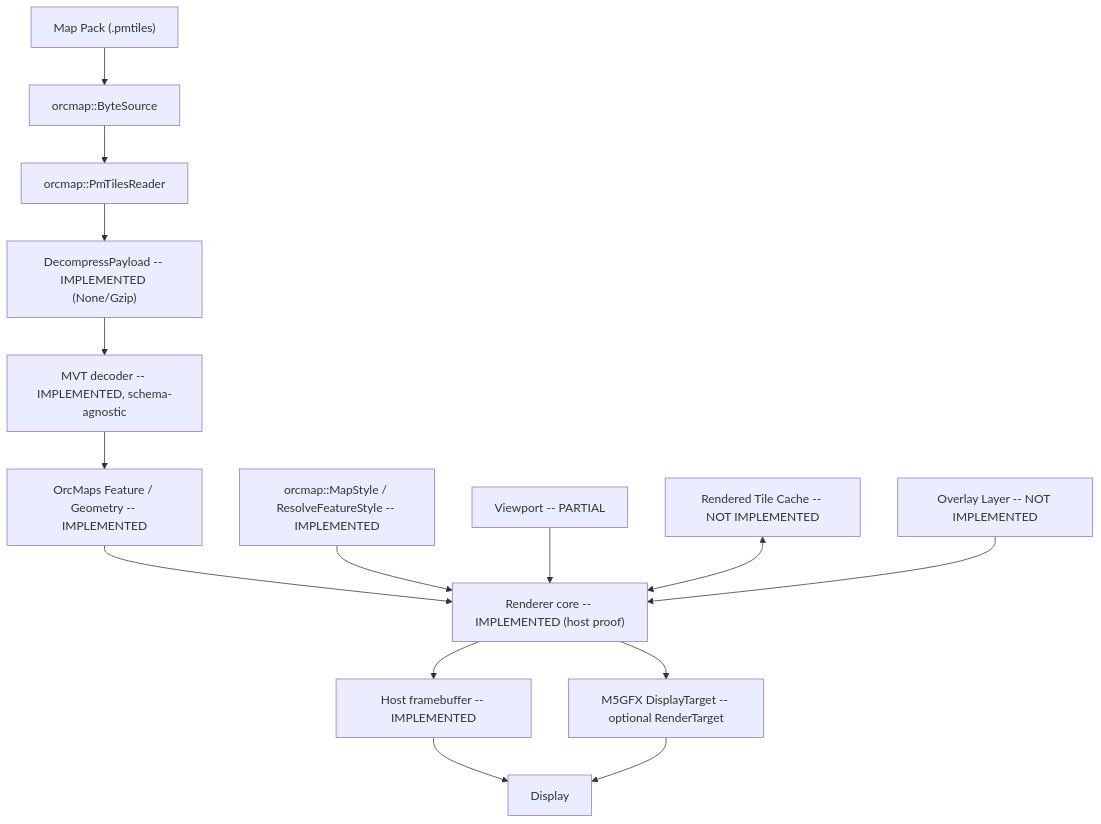
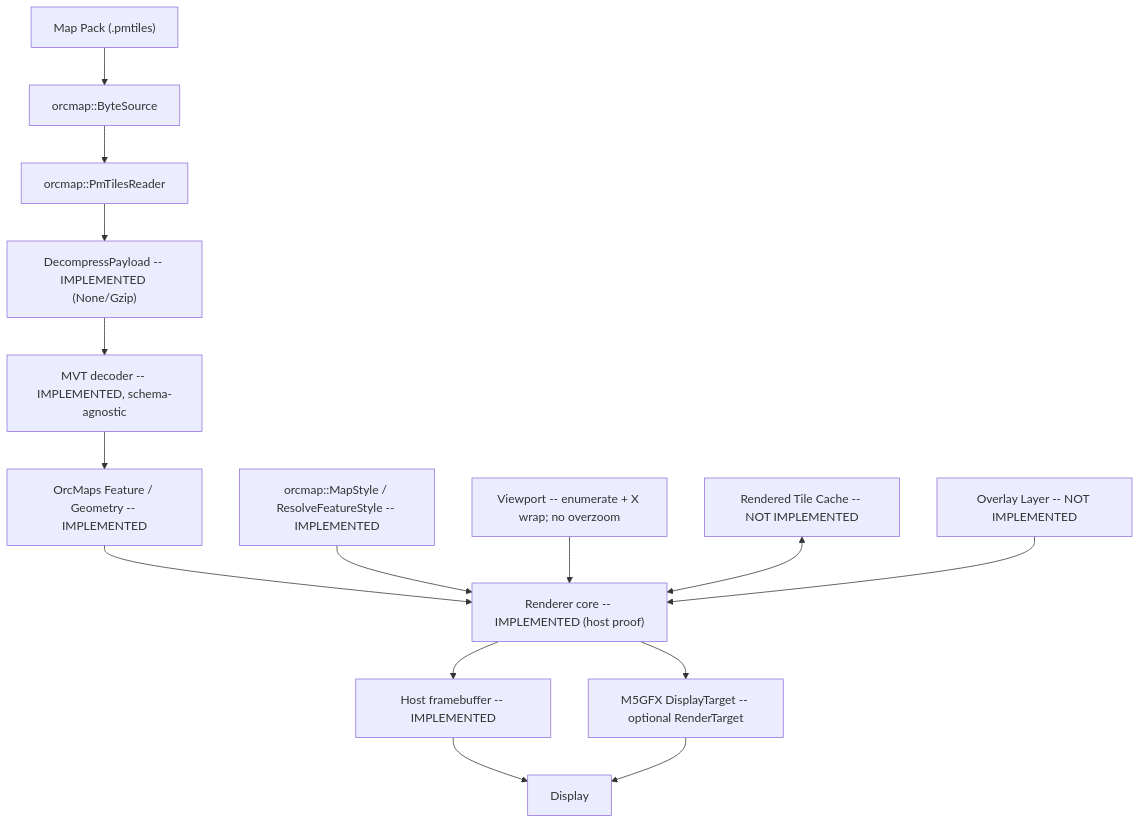
The diagram in ARCHITECTURE.md (hardcoreerik/orcmaps), drawn with Mermaid before and after one commit. The commit also changed other lines of this file and 11 other files, not shown here.

````diff
--- a/ARCHITECTURE.md
+++ b/ARCHITECTURE.md
@@ -11,32 +11,32 @@
 ```mermaid
 flowchart TD
     Pack["Map Pack (.pmtiles)"]
     Source["orcmap::ByteSource"]
     Reader["orcmap::PmTilesReader"]
     Inflate["DecompressPayload -- IMPLEMENTED (None/Gzip)"]
     Tile["MVT decoder -- IMPLEMENTED, schema-agnostic"]
     Features["OrcMaps Feature / Geometry -- IMPLEMENTED"]
     Style["orcmap::MapStyle / ResolveFeatureStyle -- IMPLEMENTED"]
-    Viewport["Viewport -- PARTIAL"]
+    Viewport["Viewport -- enumerate + X wrap; no overzoom"]
     Cache["Rendered Tile Cache -- NOT IMPLEMENTED"]
     Core["Renderer core -- IMPLEMENTED (host proof)"]
     Host["Host framebuffer -- IMPLEMENTED"]
     M5["M5GFX DisplayTarget -- optional RenderTarget"]
     Overlay["Overlay Layer -- NOT IMPLEMENTED"]
     Display["Display"]
 
     Pack --> Source
     Source --> Reader
     Reader --> Inflate
     Inflate --> Tile
     Tile --> Features
     Features --> Core
     Style --> Core
     Viewport --> Core
     Cache <--> Core
     Core --> Host
     Core --> M5
     Host --> Display
     M5 --> Display
     Overlay --> Core
 ```
````
